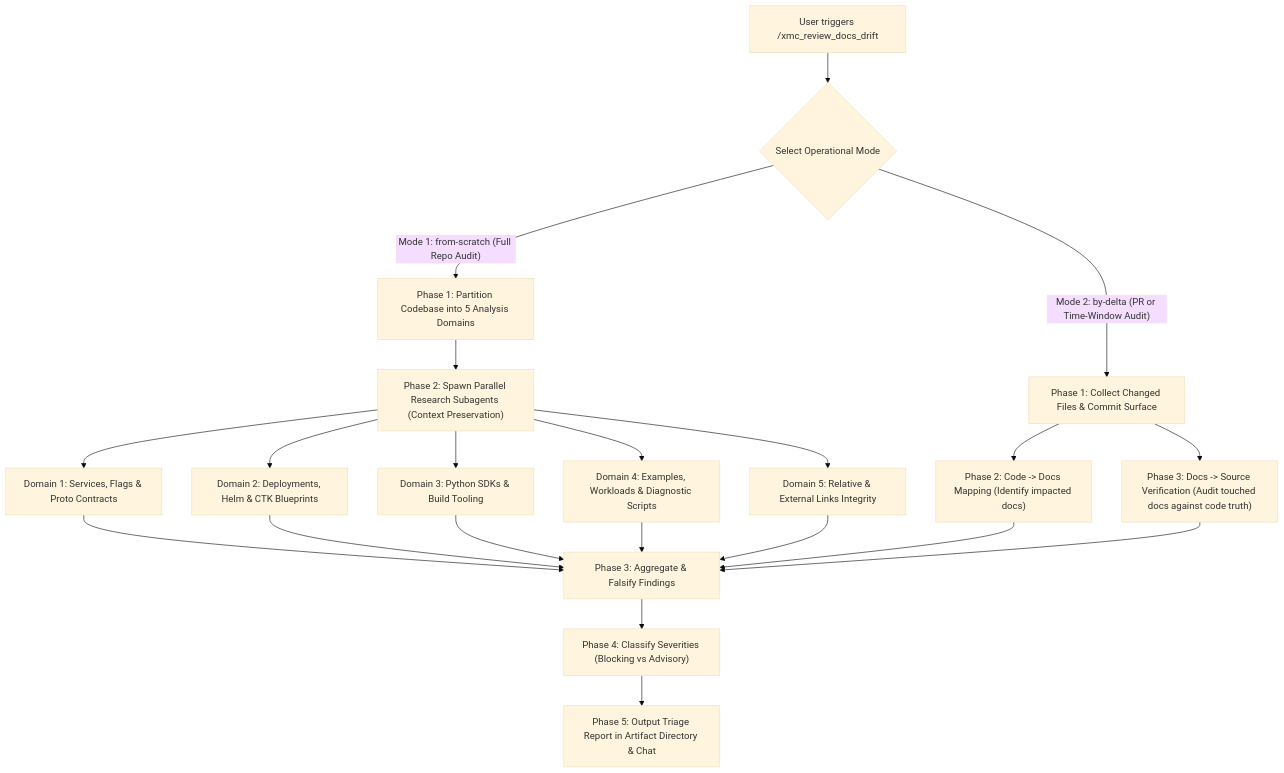
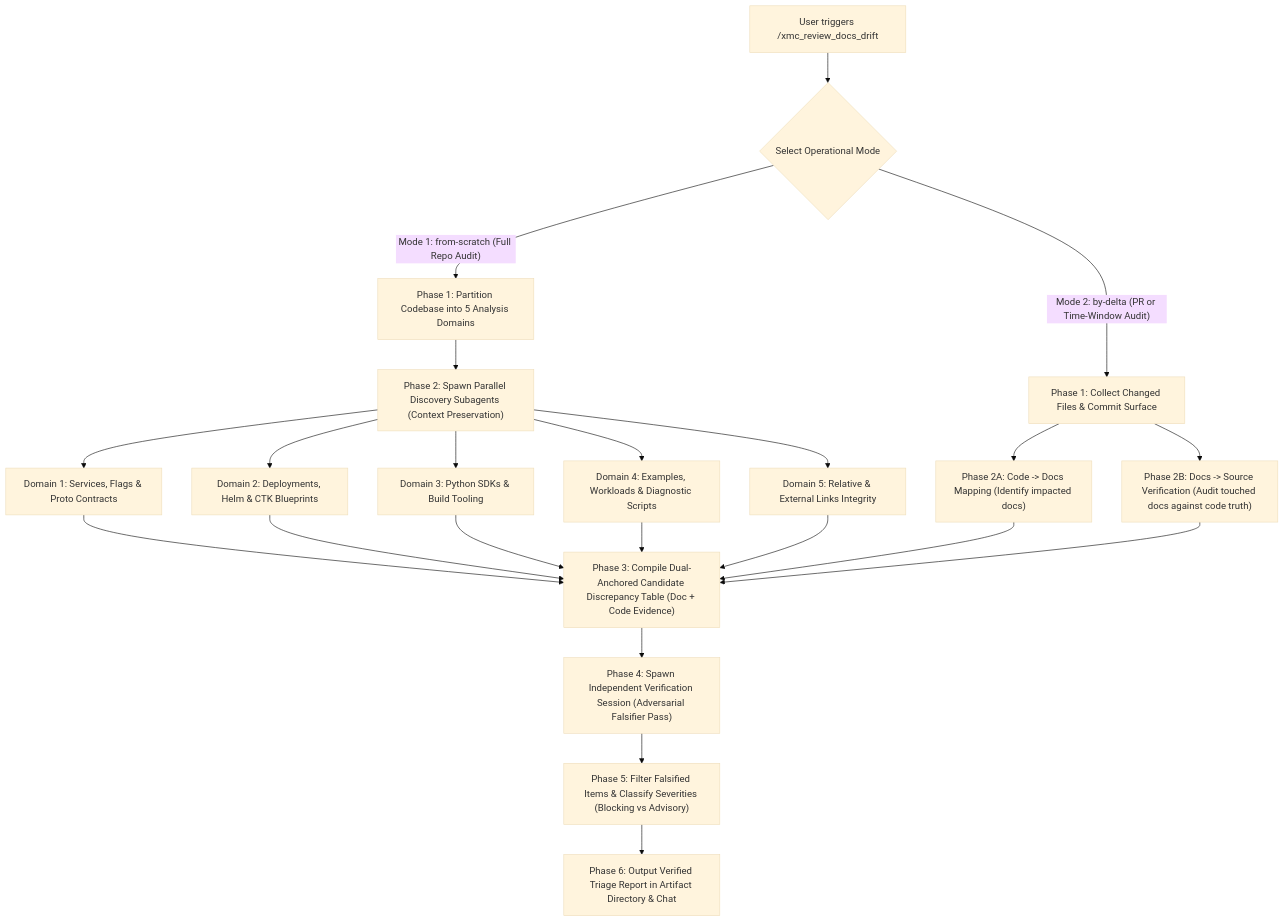
The diagram in .agents/skills/xmc_review_docs_drift/SKILL.md (google/xmc), drawn with Mermaid (base theme) before and after one commit. The commit also changed other lines of this file, not shown here.

First line of the commit message:
docs(skills): require dual-anchored discrepancy table and verifier session

````diff
--- a/.agents/skills/xmc_review_docs_drift/SKILL.md
+++ b/.agents/skills/xmc_review_docs_drift/SKILL.md
@@ -21,21 +21,22 @@
 ```mermaid
 graph TD
     A["User triggers /xmc_review_docs_drift"] --> B{"Select Operational Mode"}
     
     B -->|"Mode 1: from-scratch (Full Repo Audit)"| C["Phase 1: Partition Codebase into 5 Analysis Domains"]
-    C --> D["Phase 2: Spawn Parallel Research Subagents (Context Preservation)"]
+    C --> D["Phase 2: Spawn Parallel Discovery Subagents (Context Preservation)"]
     D --> E["Domain 1: Services, Flags & Proto Contracts"]
     D --> F["Domain 2: Deployments, Helm & CTK Blueprints"]
     D --> G["Domain 3: Python SDKs & Build Tooling"]
     D --> H["Domain 4: Examples, Workloads & Diagnostic Scripts"]
     D --> I["Domain 5: Relative & External Links Integrity"]
-    E & F & G & H & I --> J["Phase 3: Aggregate & Falsify Findings"]
+    E & F & G & H & I --> J["Phase 3: Compile Dual-Anchored Candidate Discrepancy Table (Doc + Code Evidence)"]
 
     B -->|"Mode 2: by-delta (PR or Time-Window Audit)"| K["Phase 1: Collect Changed Files & Commit Surface"]
-    K --> L["Phase 2: Code -> Docs Mapping (Identify impacted docs)"]
-    K --> M["Phase 3: Docs -> Source Verification (Audit touched docs against code truth)"]
+    K --> L["Phase 2A: Code -> Docs Mapping (Identify impacted docs)"]
+    K --> M["Phase 2B: Docs -> Source Verification (Audit touched docs against code truth)"]
     L & M --> J
 
-    J --> N["Phase 4: Classify Severities (Blocking vs Advisory)"]
-    N --> O["Phase 5: Output Triage Report in Artifact Directory & Chat"]
+    J --> N["Phase 4: Spawn Independent Verification Session (Adversarial Falsifier Pass)"]
+    N --> O["Phase 5: Filter Falsified Items & Classify Severities (Blocking vs Advisory)"]
+    O --> P["Phase 6: Output Verified Triage Report in Artifact Directory & Chat"]
 ```
````
